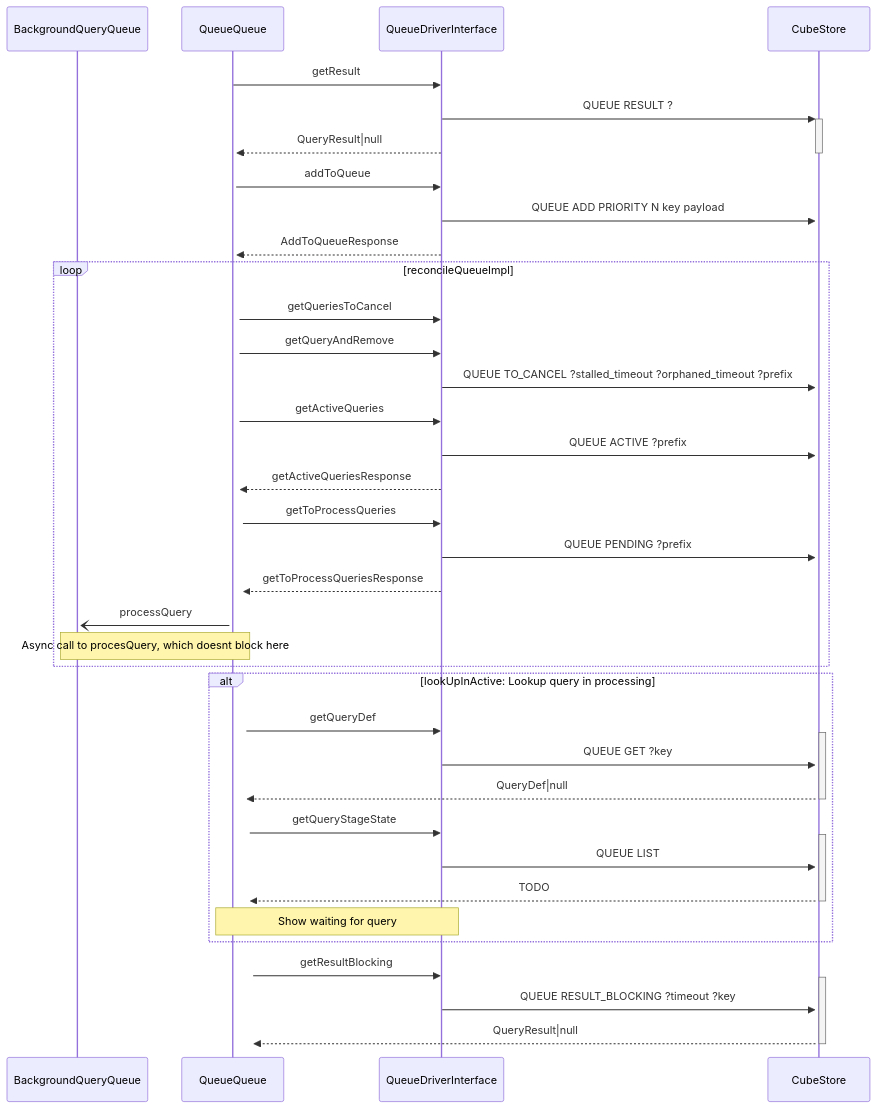
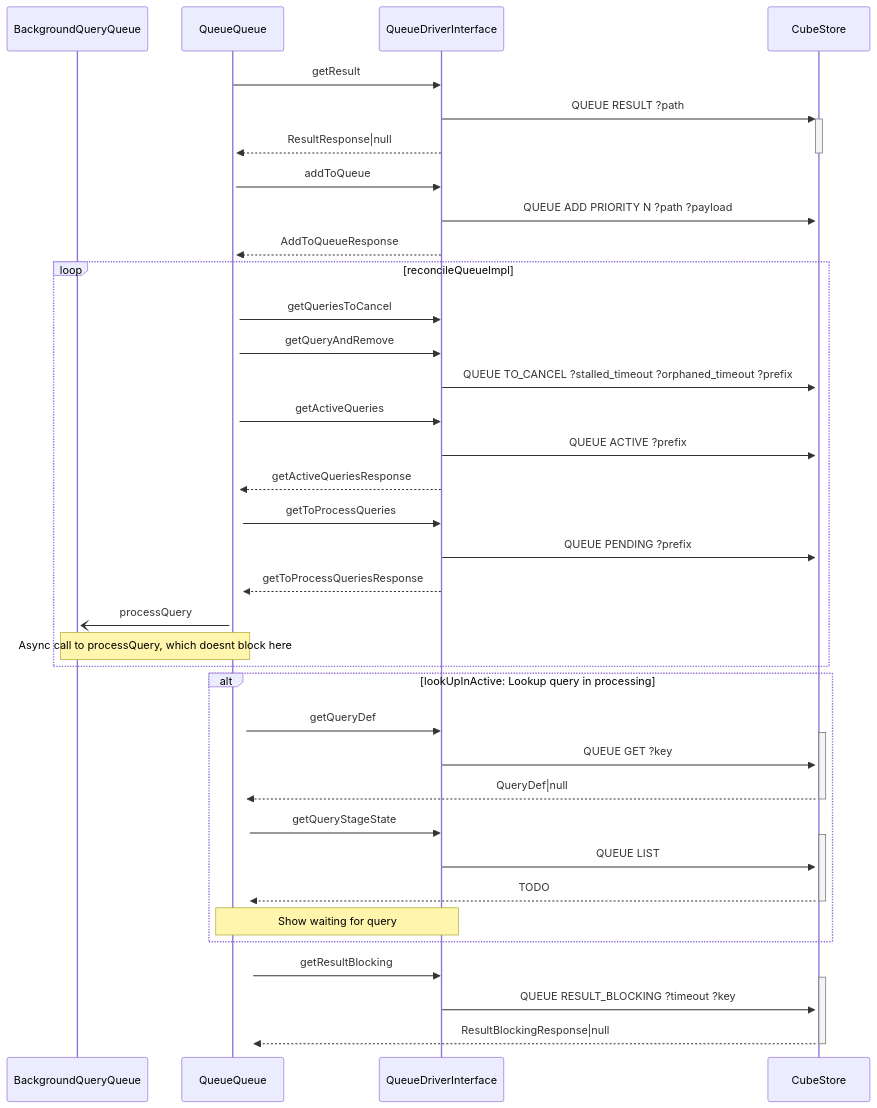
Before and after one commit to TakahashiYuto1010/cube-rust: the first of 2 diagrams in packages/cubejs-query-orchestrator/DEVELOPMENT.md, drawn with Mermaid. The commit also changed other lines of this file and 11 other files, not shown here.

Commit message:
feat(cubestore): Queue - support cancel, ack, result_blocking by processingId (#6551)

````diff
--- a/packages/cubejs-query-orchestrator/DEVELOPMENT.md
+++ b/packages/cubejs-query-orchestrator/DEVELOPMENT.md
@@ -3,54 +37,54 @@
 ```mermaid
 sequenceDiagram
     participant BackgroundQueryQueue
     participant QueueQueue
     participant QueueDriverInterface
     participant CubeStore
 
     QueueQueue->>QueueDriverInterface: getResult
-    QueueDriverInterface->>+CubeStore: QUEUE RESULT ?
-    QueueDriverInterface-->>+QueueQueue: QueryResult|null
+    QueueDriverInterface->>+CubeStore: QUEUE RESULT ?path
+    QueueDriverInterface-->>+QueueQueue: ResultResponse|null
     deactivate CubeStore
 
     QueueQueue->>QueueDriverInterface: addToQueue
-    QueueDriverInterface->>+CubeStore: QUEUE ADD PRIORITY N key payload
+    QueueDriverInterface->>+CubeStore: QUEUE ADD PRIORITY N ?path ?payload
     QueueDriverInterface-->>+QueueQueue: AddToQueueResponse
 
     loop reconcileQueueImpl
         QueueQueue->>QueueDriverInterface: getQueriesToCancel
         QueueQueue->>QueueDriverInterface: getQueryAndRemove
         QueueDriverInterface->>CubeStore: QUEUE TO_CANCEL ?stalled_timeout ?orphaned_timeout ?prefix
 
         QueueQueue->>QueueDriverInterface: getActiveQueries
         QueueDriverInterface->>CubeStore: QUEUE ACTIVE ?prefix
         QueueDriverInterface-->>+QueueQueue: getActiveQueriesResponse
 
         QueueQueue->>QueueDriverInterface: getToProcessQueries
         QueueDriverInterface->>CubeStore: QUEUE PENDING ?prefix
         QueueDriverInterface-->>+QueueQueue: getToProcessQueriesResponse
 
         QueueQueue-)+BackgroundQueryQueue: processQuery
-        Note over QueueQueue,BackgroundQueryQueue: Async call to procesQuery, which doesnt block here
+        Note over QueueQueue,BackgroundQueryQueue: Async call to processQuery, which doesnt block here
     end
 
     alt lookUpInActive: Lookup query in processing
         QueueQueue->>QueueDriverInterface: getQueryDef
         activate CubeStore
         QueueDriverInterface->>CubeStore: QUEUE GET ?key
         CubeStore-->>+QueueQueue: QueryDef|null
         deactivate CubeStore
 
         QueueQueue->>QueueDriverInterface: getQueryStageState
         activate CubeStore
         QueueDriverInterface->>CubeStore: QUEUE LIST
         CubeStore-->>+QueueQueue: TODO
         deactivate CubeStore
         Note over QueueQueue,QueueDriverInterface: Show waiting for query
     end
 
     QueueQueue->>QueueDriverInterface: getResultBlocking
     activate CubeStore
     QueueDriverInterface->>CubeStore: QUEUE RESULT_BLOCKING ?timeout ?key
-    CubeStore-->>+QueueQueue: QueryResult|null
+    CubeStore-->>+QueueQueue: ResultBlockingResponse|null
     deactivate CubeStore
 ```
````
